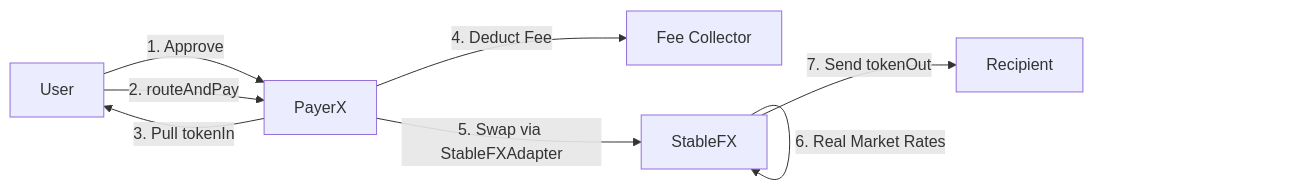
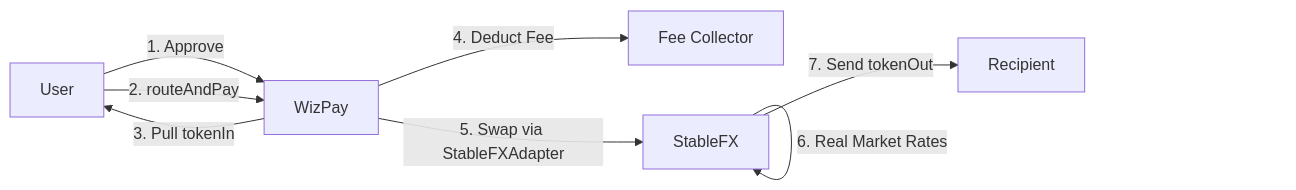
Before and after one commit to deseti/wizpay-page: the diagram in src/docs/README.md, drawn with Mermaid. The commit also changed other lines of this file and 1 other file, not shown here.

````diff
--- a/src/docs/README.md
+++ b/src/docs/README.md
@@ -34,10 +34,10 @@
 ```mermaid
 graph LR
-    A[User] -->|1. Approve| B[PayerX]
+    A[User] -->|1. Approve| B[WizPay]
     A -->|2. routeAndPay| B
     B -->|3. Pull tokenIn| A
     B -->|4. Deduct Fee| C[Fee Collector]
     B -->|5. Swap via StableFXAdapter| D[StableFX]
     D -->|6. Real Market Rates| D
     D -->|7. Send tokenOut| E[Recipient]
 ```
````
